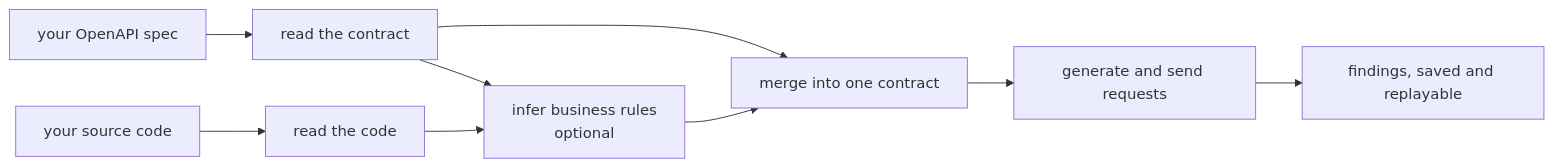
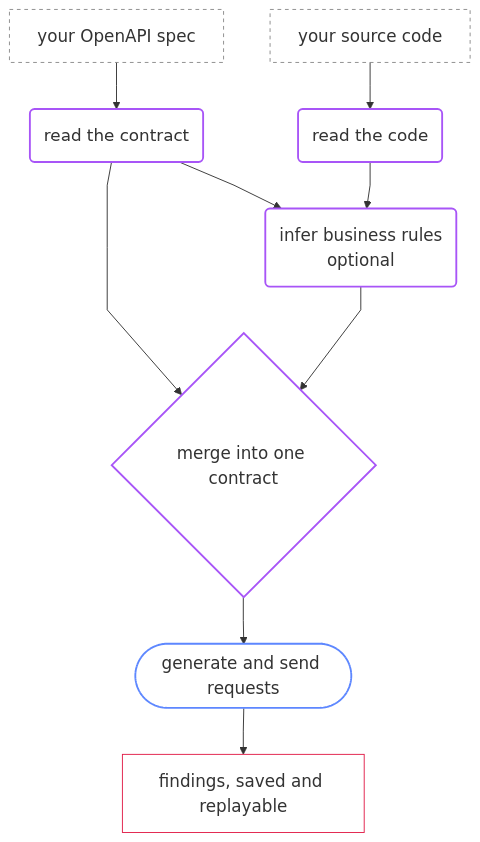
One commit to Spec-Forge-Testing/specforge-docs changed the diagram in docs/index.md. Above: the diagram before and after it, drawn with Mermaid. The commit also changed other lines of this file and 4 other files, not shown here.

````diff
--- a/docs/index.md
+++ b/docs/index.md
@@ -12,11 +21,20 @@
 ```mermaid
-flowchart LR
-    A[your OpenAPI spec] --> C[read the contract]
-    B[your source code] --> D[read the code]
-    C --> E[infer business rules<br/>optional]
+%%{init: {"flowchart": {"curve": "linear"}, "themeVariables": {"fontSize": "18px"}} }%%
+flowchart TD
+    classDef file fill:transparent,stroke:#8a8a8a,stroke-width:1px,stroke-dasharray:4 4;
+    classDef engine fill:transparent,stroke:#a855f7,stroke-width:2px;
+    classDef action fill:transparent,stroke:#5d87ff,stroke-width:2px;
+    classDef result fill:transparent,stroke:#e11d48,stroke-width:1px;
+
+    A[your OpenAPI spec]:::file --> C(read the contract):::engine
+    B[your source code]:::file --> D(read the code):::engine
+
+    C --> E(infer business rules<br/>optional):::engine
     D --> E
-    C --> F[merge into one contract]
+
+    C --> F{merge into one contract}:::engine
     E --> F
-    F --> G[generate and send requests]
-    G --> H[findings, saved and replayable]
+
+    F --> G([generate and send requests]):::action
+    G --> H[findings, saved and replayable]:::result
 ```
````
